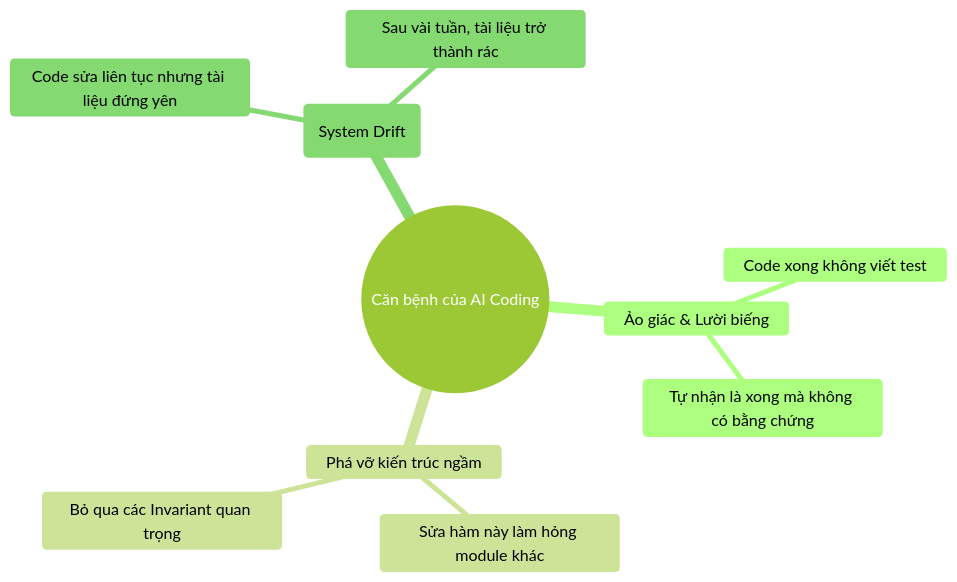
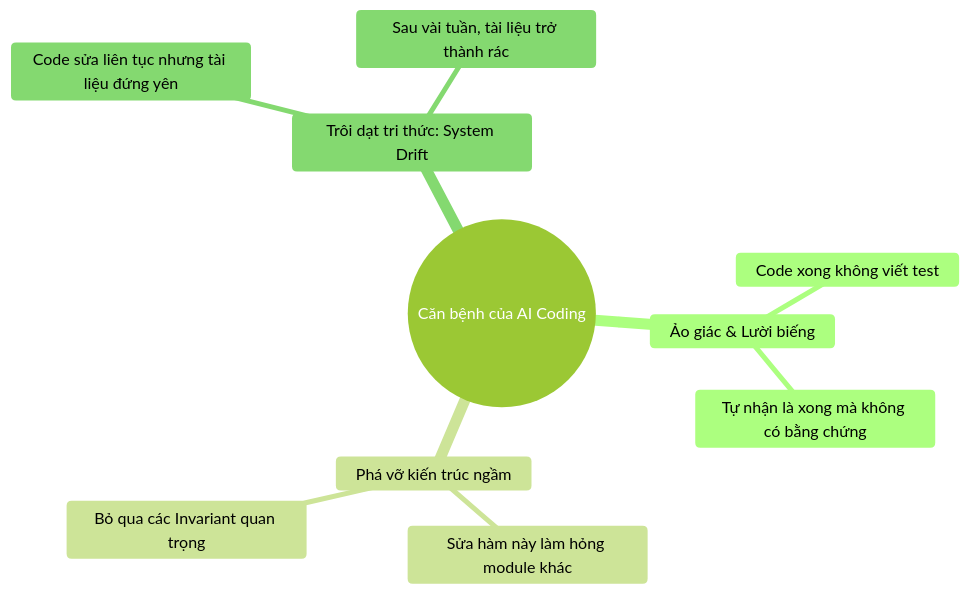
One commit to CodeGenLabs/Forge changed the first of 4 diagrams in docs/vi/README.md. Above: the diagram before and after it, drawn with Mermaid (forest theme). The commit also changed other lines of this file and 5 other files, not shown here.

Commit message:
fix(docs): quote all mermaid node labels and sanitize diagram syntax

````diff
--- a/docs/vi/README.md
+++ b/docs/vi/README.md
@@ -57,13 +57,13 @@
 ```mermaid
 mindmap
   root((Căn bệnh của AI Coding))
     Ảo giác & Lười biếng
       Code xong không viết test
       Tự nhận là xong mà không có bằng chứng
     Phá vỡ kiến trúc ngầm
       Sửa hàm này làm hỏng module khác
       Bỏ qua các Invariant quan trọng
-    Trôi dạt tri thức (System Drift)
+    Trôi dạt tri thức: System Drift
       Code sửa liên tục nhưng tài liệu đứng yên
       Sau vài tuần, tài liệu trở thành rác
 ```
````
